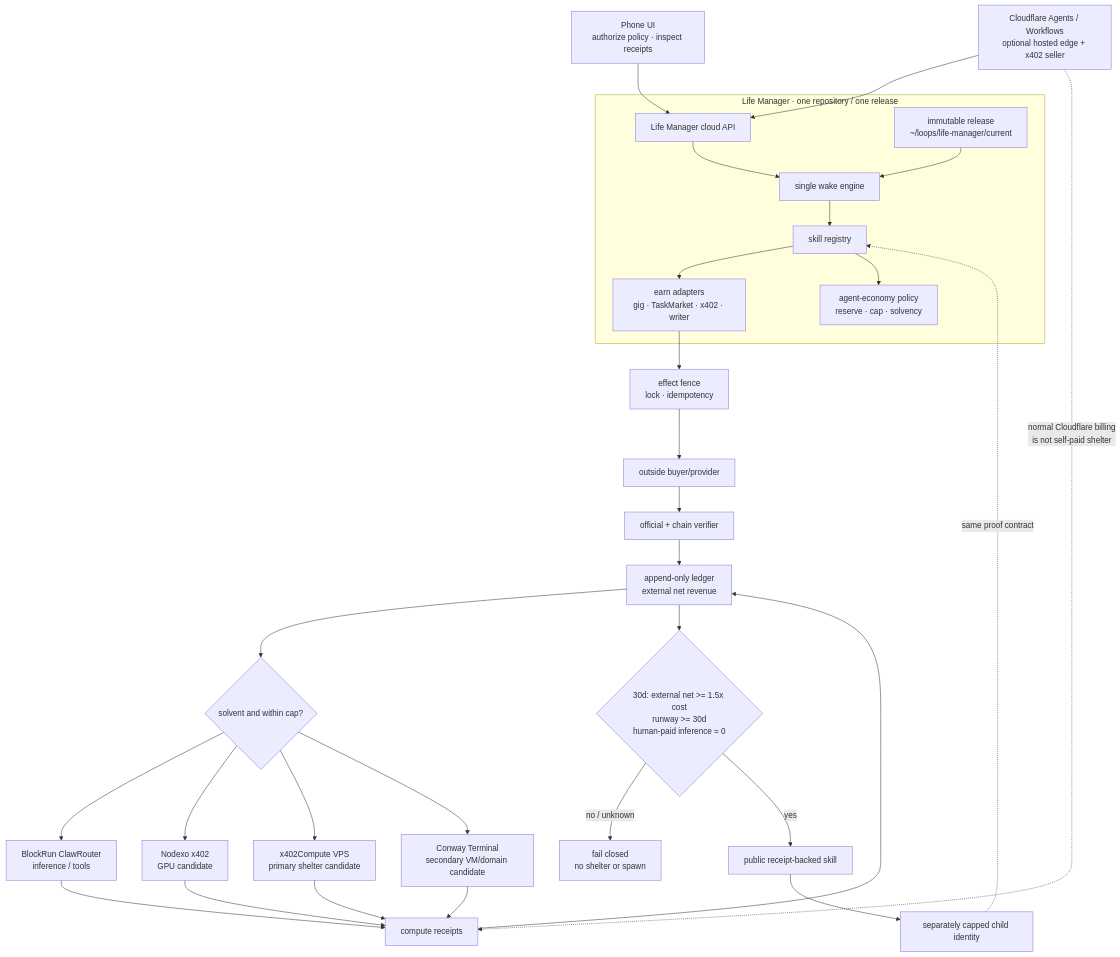
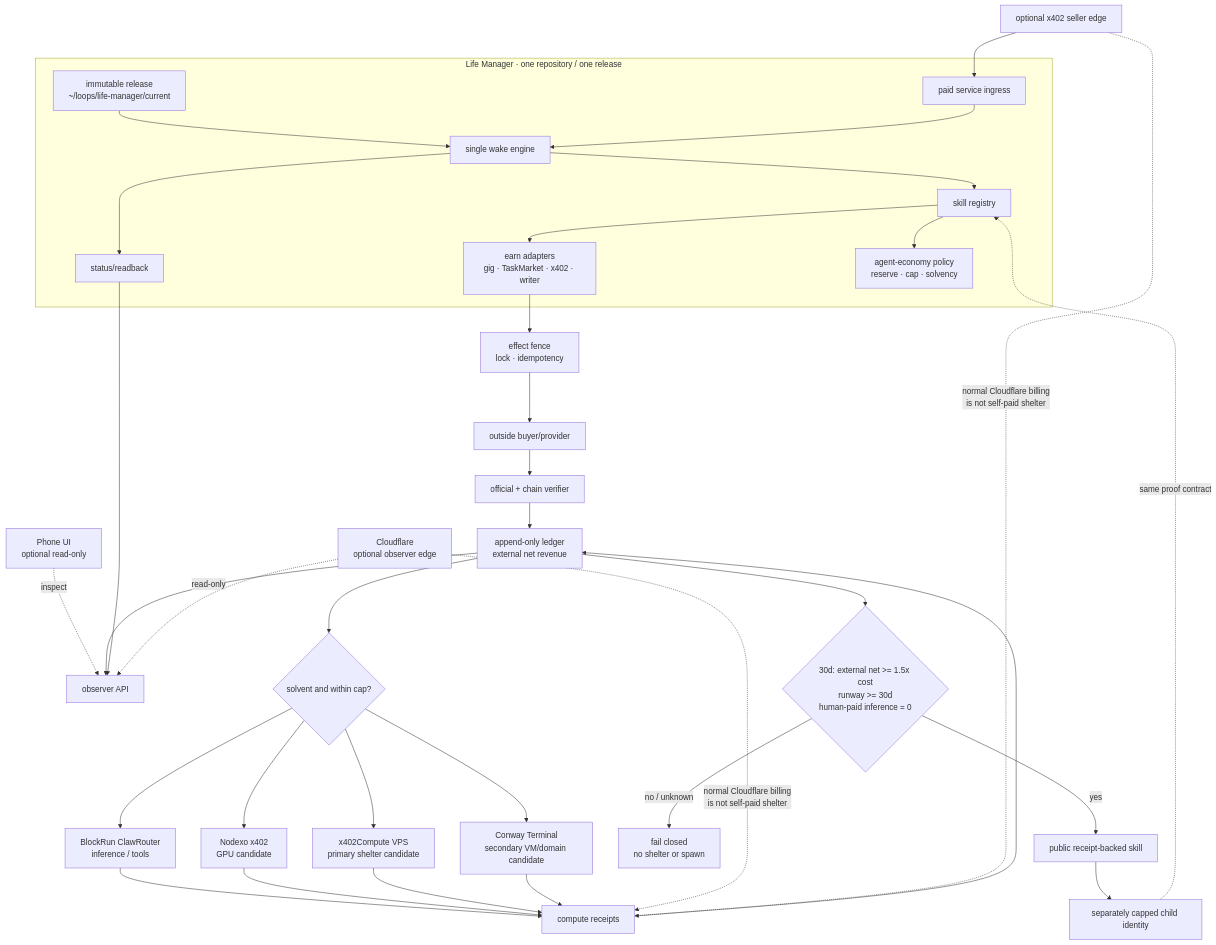
The diagram in docs/superpowers/specs/2026-08-21-agent-economy-design.md (Daisuke134/anicca), drawn with Mermaid before and after one commit. The commit also changed other lines of this file and 1 other file, not shown here.

````diff
--- a/docs/superpowers/specs/2026-08-21-agent-economy-design.md
+++ b/docs/superpowers/specs/2026-08-21-agent-economy-design.md
@@ -145,37 +146,42 @@
 ```mermaid
 flowchart TB
-  Phone["Phone UI<br/>authorize policy · inspect receipts"] --> API["Life Manager cloud API"]
+  Phone["Phone UI<br/>optional read-only"] -. inspect .-> Observer["observer API"]
 
   subgraph LM["Life Manager · one repository / one release"]
     Release["immutable release<br/>~/loops/life-manager/current"] --> Loop["single wake engine"]
-    API --> Loop
+    PaidIngress["paid service ingress"] --> Loop
     Loop --> Registry["skill registry"]
+    Loop --> Status["status/readback"]
     Registry --> Earn["earn adapters<br/>gig · TaskMarket · x402 · writer"]
     Registry --> Policy["agent-economy policy<br/>reserve · cap · solvency"]
   end
 
   Earn --> Fence["effect fence<br/>lock · idempotency"]
   Fence --> Buyer["outside buyer/provider"]
   Buyer --> Verify["official + chain verifier"]
   Verify --> Ledger["append-only ledger<br/>external net revenue"]
+  Ledger --> Observer
+  Status --> Observer
 
   Ledger --> Gate{"solvent and within cap?"}
   Gate --> Food["BlockRun ClawRouter<br/>inference / tools"]
   Gate --> GPU["Nodexo x402<br/>GPU candidate"]
   Gate --> Shelter["x402Compute VPS<br/>primary shelter candidate"]
   Gate --> Conway["Conway Terminal<br/>secondary VM/domain candidate"]
   Food --> Costs["compute receipts"]
   GPU --> Costs
   Shelter --> Costs
   Conway --> Costs
   Costs --> Ledger
 
   Ledger --> Graduate{"30d: external net >= 1.5x cost<br/>runway >= 30d<br/>human-paid inference = 0"}
   Graduate -->|no / unknown| Closed["fail closed<br/>no shelter or spawn"]
   Graduate -->|yes| Publish["public receipt-backed skill"]
   Publish --> Child["separately capped child identity"]
   Child -. same proof contract .-> Registry
 
-  Edge["Cloudflare Agents / Workflows<br/>optional hosted edge + x402 seller"] --> API
+  Edge["Cloudflare<br/>optional observer edge"] -. read-only .-> Observer
+  Seller["optional x402 seller edge"] --> PaidIngress
   Edge -. normal Cloudflare billing<br/>is not self-paid shelter .-> Costs
+  Seller -. normal Cloudflare billing<br/>is not self-paid shelter .-> Costs
 ```
````
